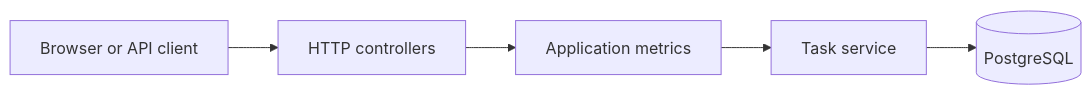
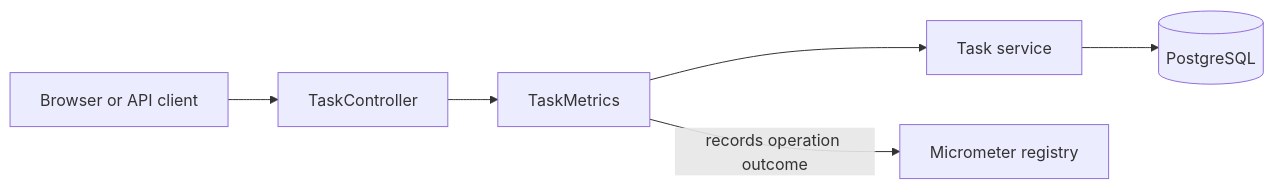
The second of 9 diagrams in docs/architecture.md (istvandezsi/java-cloud-platform-lab), drawn with Mermaid before and after one commit. The commit also changed other lines of this file and 4 other files, not shown here.

````diff
--- a/docs/architecture.md
+++ b/docs/architecture.md
@@ -69,13 +69,15 @@
 ```mermaid
 flowchart LR
     Client[Browser or API client]
-    Controller[HTTP controllers]
-    Metrics[Application metrics]
+    Controller[TaskController]
+    Metrics[TaskMetrics]
     Service[Task service]
+    Registry[Micrometer registry]
     Database[(PostgreSQL)]
 
     Client --> Controller
     Controller --> Metrics
     Metrics --> Service
+    Metrics -->|records operation outcome| Registry
     Service --> Database
 ```
````
